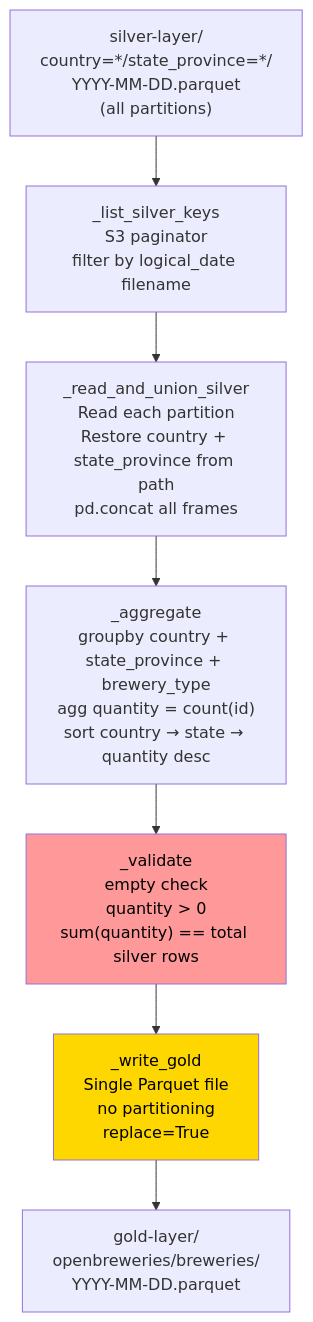
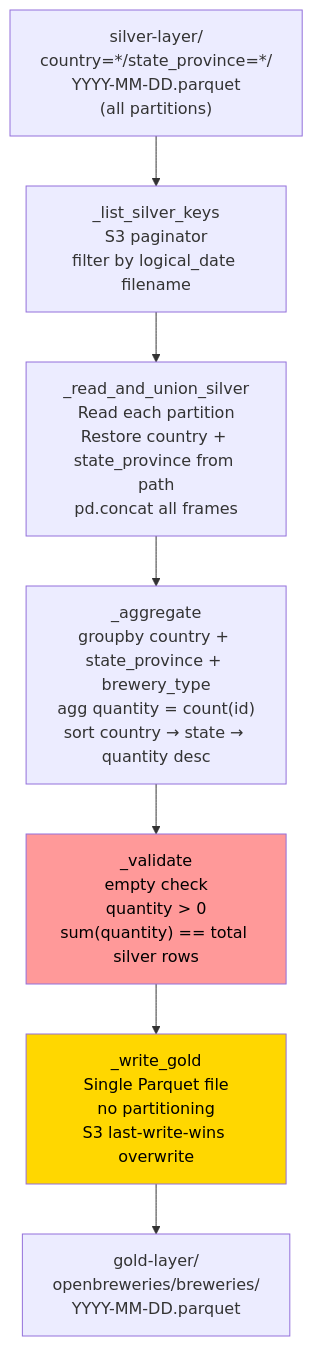
The fifth of 6 diagrams in README.md (rcarradas/BEES-CHALLENGE), drawn with Mermaid before and after one commit. The commit also changed other lines of this file and 1 other file, not shown here.

````diff
--- a/README.md
+++ b/README.md
@@ -329,13 +329,13 @@
 ```mermaid
 flowchart TD
     IN["silver-layer/\ncountry=*/state_province=*/\nYYYY-MM-DD.parquet\n(all partitions)"]
     --> LIST["_list_silver_keys\nS3 paginator\nfilter by logical_date filename"]
     --> READ["_read_and_union_silver\nRead each partition\nRestore country + state_province from path\npd.concat all frames"]
     --> AGG["_aggregate\ngroupby country + state_province + brewery_type\nagg quantity = count(id)\nsort country → state → quantity desc"]
     --> VALIDATE["_validate\nempty check\nquantity > 0\nsum(quantity) == total silver rows"]
-    --> WRITE["_write_gold\nSingle Parquet file\nno partitioning\nreplace=True"]
+    --> WRITE["_write_gold\nSingle Parquet file\nno partitioning\nS3 last-write-wins overwrite"]
     --> OUT["gold-layer/\nopenbreweries/breweries/\nYYYY-MM-DD.parquet"]
 
     style VALIDATE fill:#ff9999,color:#000
     style WRITE fill:#FFD700,color:#000
 ```
````
